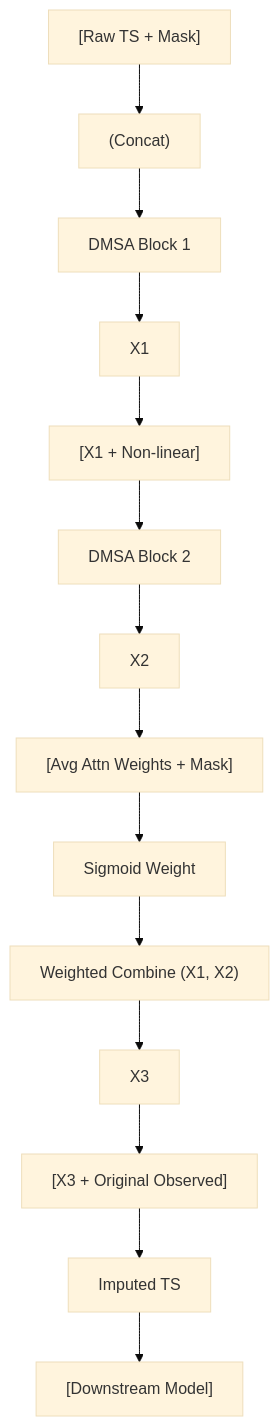
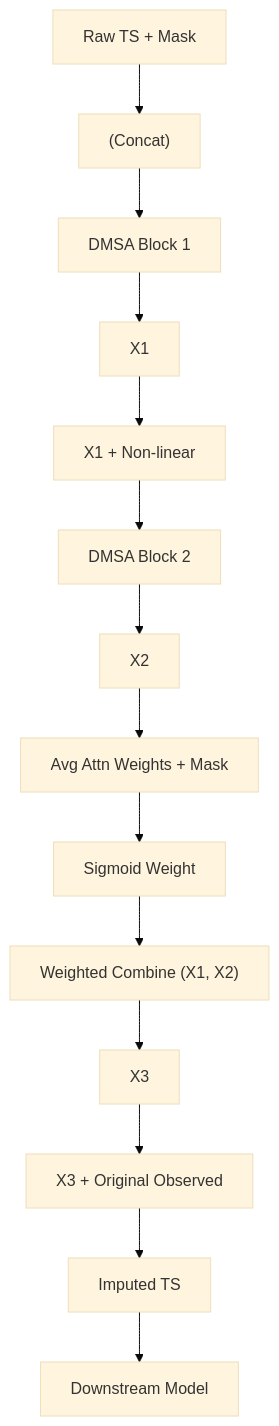
The diagram in foundations/data-generation-augmentation/saits.md (sou350121/Trading-Handbook), drawn with Mermaid (base theme) before and after one commit. The commit also changed 191 other files, not shown here.

First line of the commit message:
render: fix math + mermaid for GitHub across the corpus (188 pages)

````diff
--- a/foundations/data-generation-augmentation/saits.md
+++ b/foundations/data-generation-augmentation/saits.md
@@ -33,16 +33,16 @@
 ```mermaid
 flowchart TD
-  A["[Raw TS + Mask]"] --> B["(Concat)"]
+  A["Raw TS + Mask"] --> B["(Concat)"]
   B --> C["DMSA Block 1"]
   C --> D[X1]
-  D --> E["[X1 + Non-linear]"]
+  D --> E["X1 + Non-linear"]
   E --> F["DMSA Block 2"]
   F --> G[X2]
-  G --> H["[Avg Attn Weights + Mask]"]
+  G --> H["Avg Attn Weights + Mask"]
   H --> I["Sigmoid Weight"]
   I --> J["Weighted Combine (X1, X2)"]
   J --> K[X3]
-  K --> L["[X3 + Original Observed]"]
+  K --> L["X3 + Original Observed"]
   L --> M["Imputed TS"]
-  M --> N["[Downstream Model]"]
+  M --> N["Downstream Model"]
 ```
````
